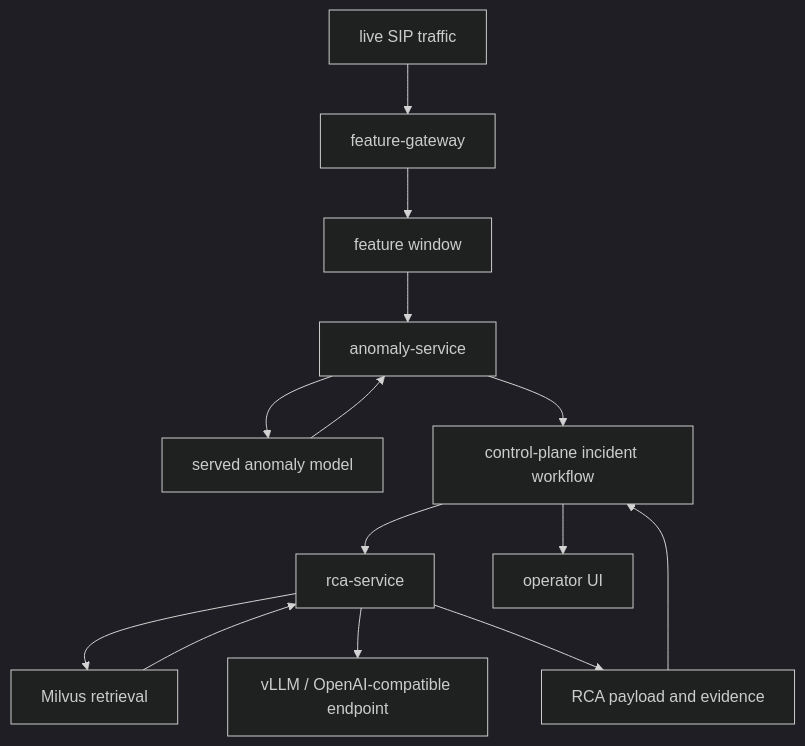
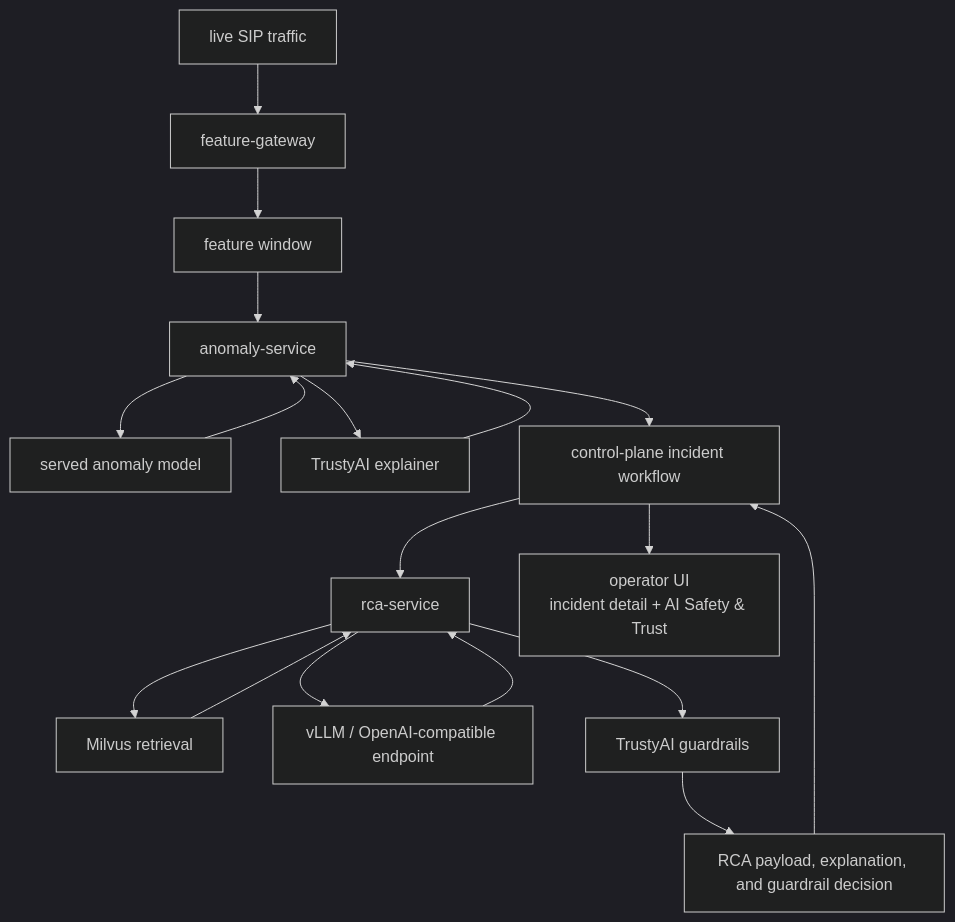
The diagram in docs/architecture/phase-07-overview-real-time-detection-and-rca.md (rh-telco-tigers/Autonomous-Network-Intelligence-Anomaly-Detection-with-Red-Hat-OpenShift-AI), drawn with Mermaid (dark theme) before and after one commit. The commit also changed other lines of this file and 4 other files, not shown here.

Commit message:
Update phase docs for TrustyAI flows

````diff
--- a/docs/architecture/phase-07-overview-real-time-detection-and-rca.md
+++ b/docs/architecture/phase-07-overview-real-time-detection-and-rca.md
@@ -21,16 +23,20 @@
 ```mermaid
 flowchart TD
   Traffic["live SIP traffic"] --> FG["feature-gateway"]
   FG --> Window["feature window"]
   Window --> AN["anomaly-service"]
   AN --> Model["served anomaly model"]
   Model --> AN
+  AN --> Expl["TrustyAI explainer"]
+  Expl --> AN
   AN --> CP["control-plane incident workflow"]
   CP --> RCA["rca-service"]
   RCA --> Milvus["Milvus retrieval"]
   RCA --> LLM["vLLM / OpenAI-compatible endpoint"]
   Milvus --> RCA
-  RCA --> Result["RCA payload and evidence"]
+  LLM --> RCA
+  RCA --> Guard["TrustyAI guardrails"]
+  Guard --> Result["RCA payload, explanation, and guardrail decision"]
   Result --> CP
-  CP --> UI["operator UI"]
+  CP --> UI["operator UI<br/>incident detail + AI Safety & Trust"]
 ```
````
